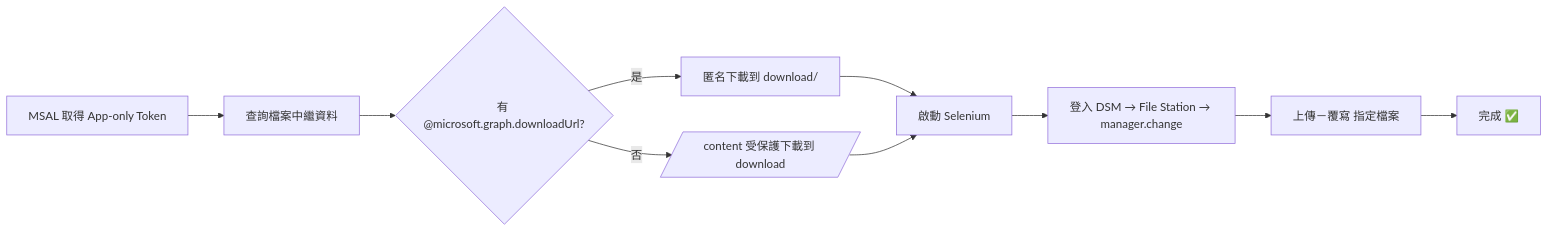
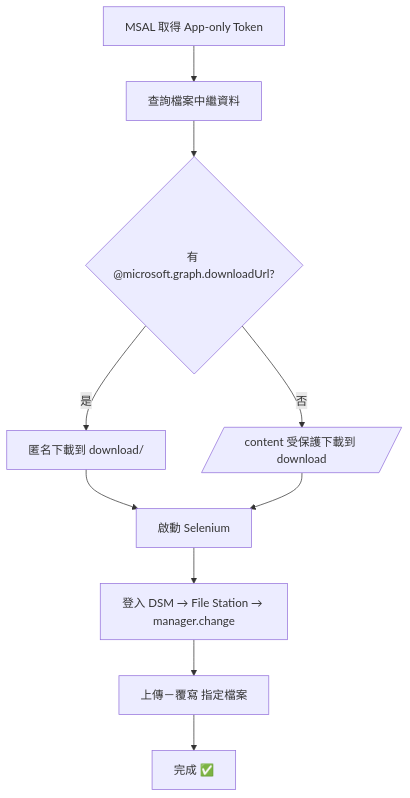
Before and after one commit to Helen202420/TAITRA_RPA: the diagram in README.md, drawn with Mermaid.

````diff
--- a/README.md
+++ b/README.md
@@ -78,12 +78,12 @@
 ```mermaid
-flowchart LR
+flowchart TD
   A[MSAL 取得 App-only Token] --> B[查詢檔案中繼資料]
   B --> C{有 @microsoft.graph.downloadUrl?}
   C -- 是 --> D[匿名下載到 download/]
   C -- 否 --> E[/content 受保護下載到 download/]
   D --> F[啟動 Selenium]
   E --> F[啟動 Selenium]
   F --> G[登入 DSM → File Station → manager.change]
   G --> H[上傳－覆寫 指定檔案]
   H --> I[完成 ✅]
 ```
````
